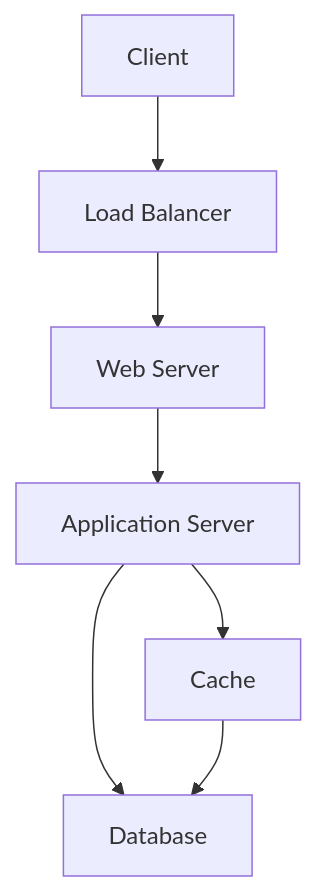
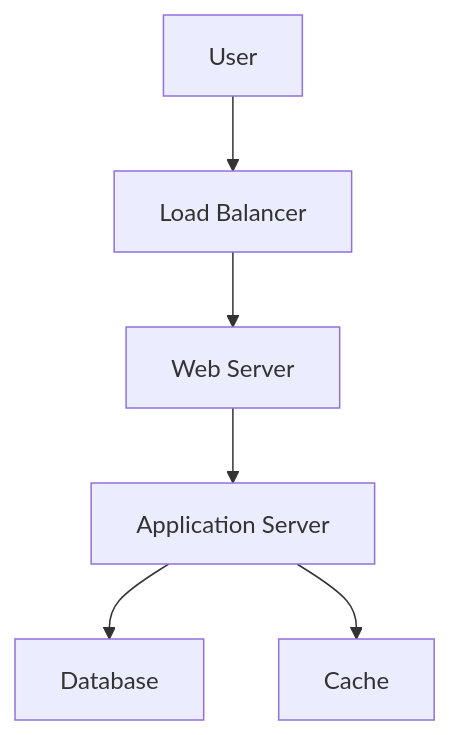
The diagram in system-design-basics/README.md (VrushankPatel/interview-matters), drawn with Mermaid before and after one commit. The commit also changed other lines of this file and 4 other files, not shown here.

````diff
--- a/system-design-basics/README.md
+++ b/system-design-basics/README.md
@@ -116,9 +27,8 @@
 ```mermaid
 graph TD
-    A[Client] --> B[Load Balancer]
+    A[User] --> B[Load Balancer]
     B --> C[Web Server]
     C --> D[Application Server]
-    D --> E[Cache]
-    D --> F[Database]
-    E --> F
+    D --> E[Database]
+    D --> F[Cache]
 ```
````
